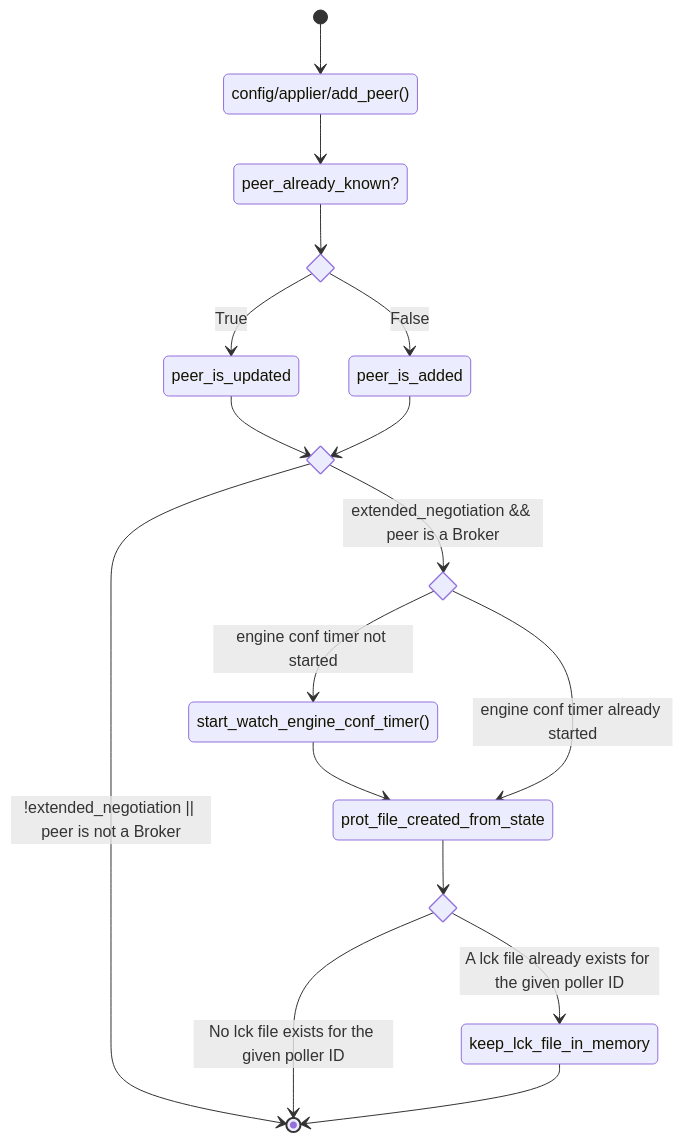
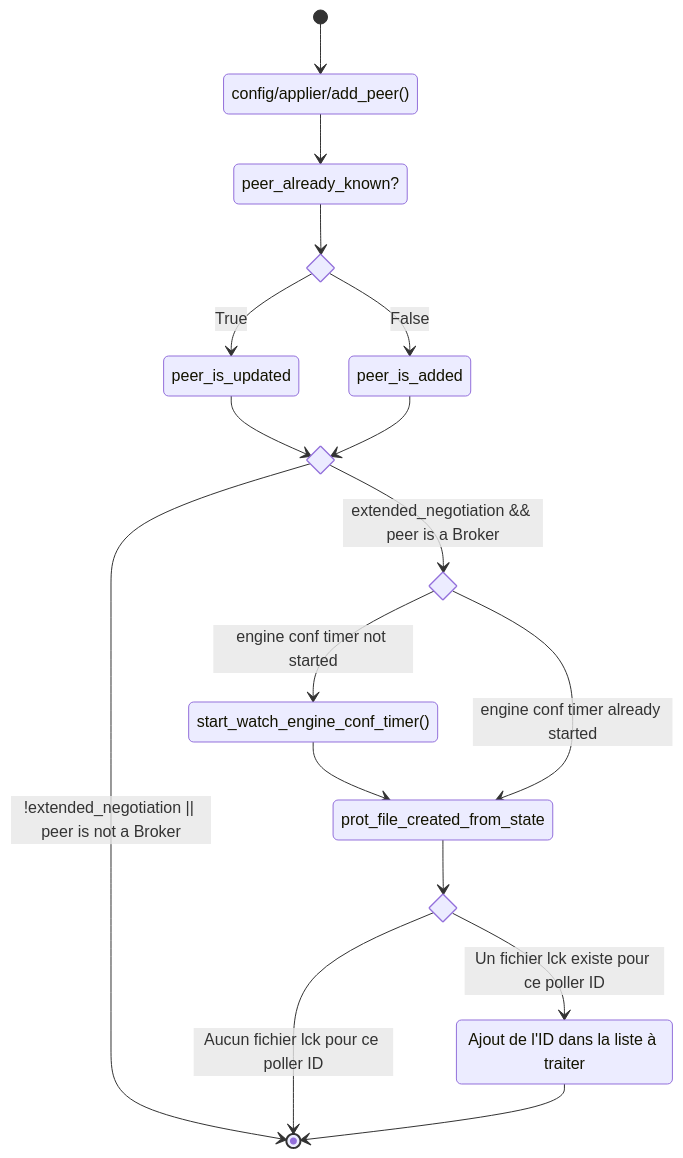
Before and after one commit to centreon/centreon-collect: the ninth of 18 diagrams in broker/doc/nego-engine-broker-fr.md, drawn with Mermaid. The commit also changed other lines of this file and 23 other files, not shown here.

````diff
--- a/broker/doc/nego-engine-broker-fr.md
+++ b/broker/doc/nego-engine-broker-fr.md
@@ -792,24 +825,25 @@
 ```mermaid
 stateDiagram-v2
     [*] --> config/applier/add_peer()
     config/applier/add_peer() --> peer_already_known?
     state if_state <<choice>>
     peer_already_known? --> if_state
     if_state --> peer_is_updated:True
     if_state --> peer_is_added:False
     state extended_nego <<choice>>
     peer_is_updated --> extended_nego
     peer_is_added --> extended_nego
     extended_nego --> [*]: !extended_negotiation || peer is not a Broker
     state if_watch_engine_timer_started <<choice>>
     extended_nego --> if_watch_engine_timer_started: extended_negotiation && peer is a Broker
     if_watch_engine_timer_started --> start_watch_engine_conf_timer(): engine conf timer not started
     start_watch_engine_conf_timer() --> prot_file_created_from_state
     if_watch_engine_timer_started --> prot_file_created_from_state: engine conf timer already started
     
     state if_existing_lck_file_for_current_poller_id <<choice>>
     prot_file_created_from_state --> if_existing_lck_file_for_current_poller_id
-    if_existing_lck_file_for_current_poller_id --> keep_lck_file_in_memory: A lck file already exists for the given poller ID
-    if_existing_lck_file_for_current_poller_id --> [*]: No lck file exists for the given poller ID
+    if_existing_lck_file_for_current_poller_id --> keep_lck_file_in_memory: Un fichier lck existe pour ce poller ID
+    if_existing_lck_file_for_current_poller_id --> [*]: Aucun fichier lck pour ce poller ID
+    keep_lck_file_in_memory: Ajout de l'ID dans la liste à traiter
     keep_lck_file_in_memory --> [*]
 ```
````
